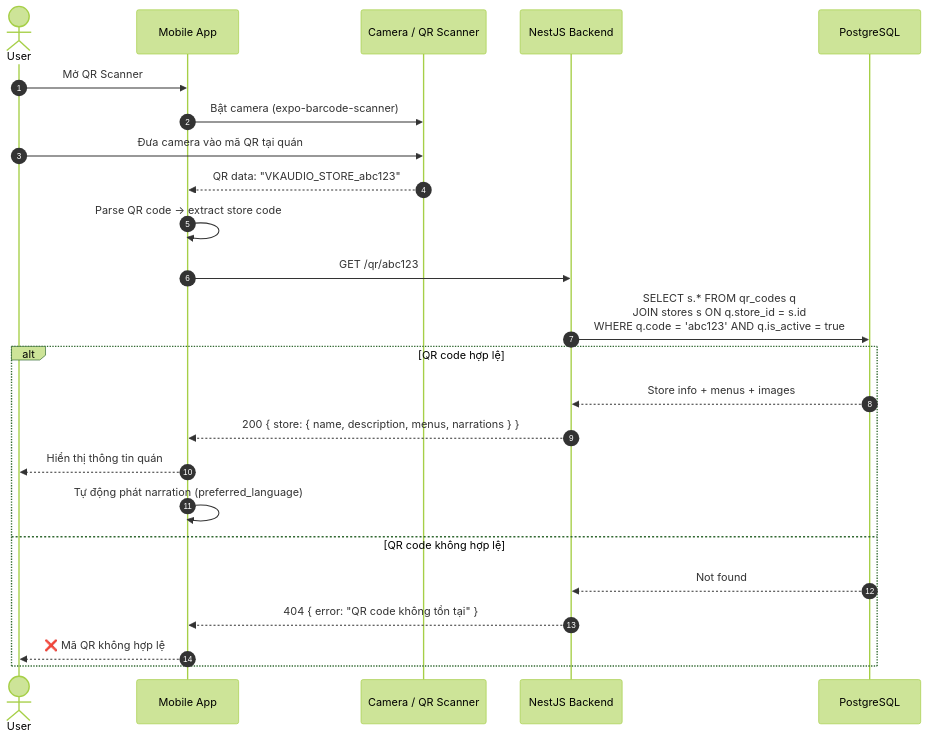
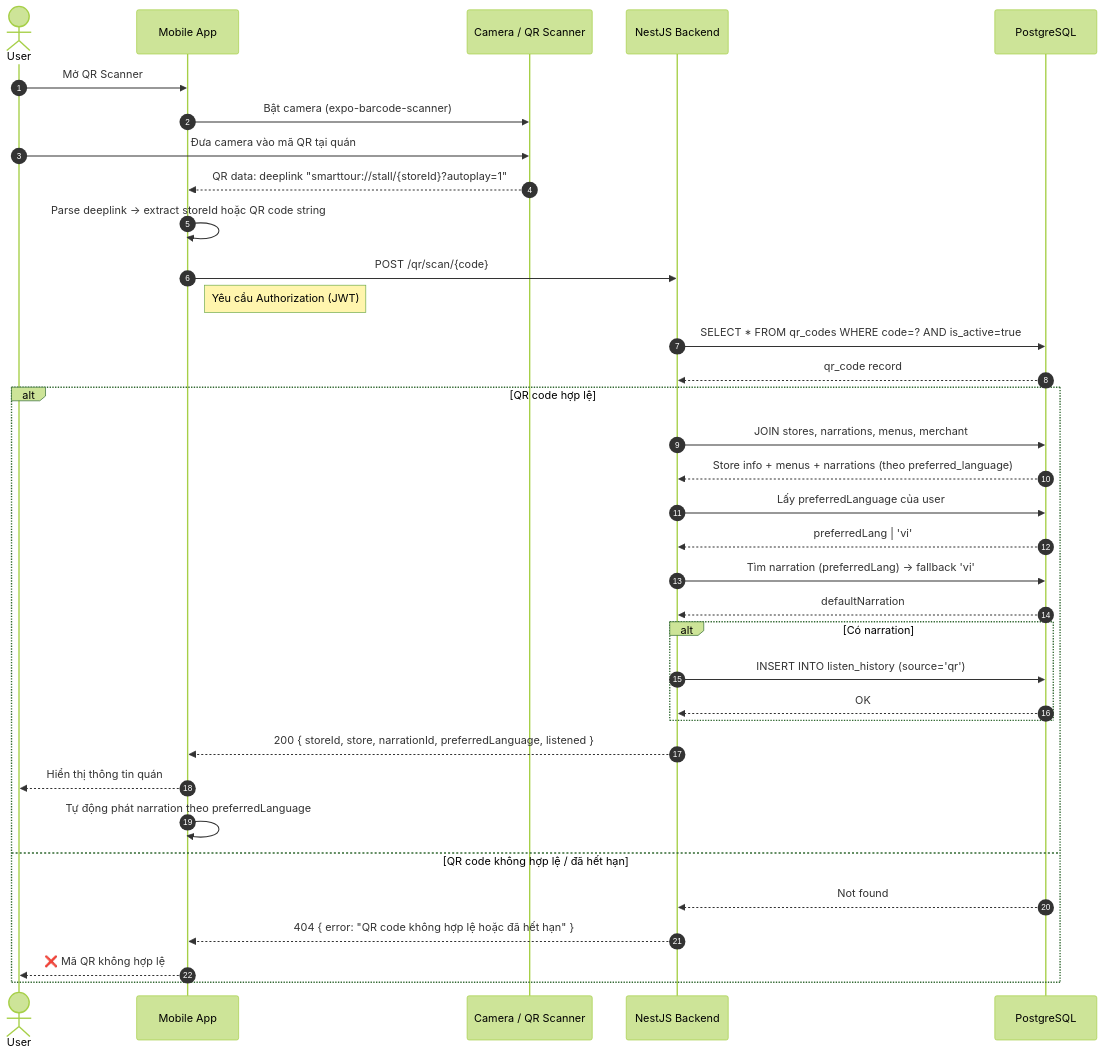
Before and after one commit to thankhanh/Seminar_sgu: the fourth of 13 diagrams in docs/diagrams.md, drawn with Mermaid (forest theme). The commit also changed other lines of this file, not shown here.

First line of the commit message:
Update diagrams.md

````diff
--- a/docs/diagrams.md
+++ b/docs/diagrams.md
@@ -162,29 +204,43 @@
 ```mermaid
 sequenceDiagram
     autonumber
     actor U as User
     participant App as Mobile App
     participant Cam as Camera / QR Scanner
     participant API as NestJS Backend
     participant DB as PostgreSQL
 
     U->>App: Mở QR Scanner
     App->>Cam: Bật camera (expo-barcode-scanner)
     U->>Cam: Đưa camera vào mã QR tại quán
-    Cam-->>App: QR data: "VKAUDIO_STORE_abc123"
-    
-    App->>App: Parse QR code → extract store code
-    App->>API: GET /qr/abc123
-    API->>DB: SELECT s.* FROM qr_codes q<br/>JOIN stores s ON q.store_id = s.id<br/>WHERE q.code = 'abc123' AND q.is_active = true
-    
+    Cam-->>App: QR data: deeplink "smarttour://stall/{storeId}?autoplay=1"
+
+    App->>App: Parse deeplink → extract storeId hoặc QR code string
+    App->>API: POST /qr/scan/{code}
+    Note right of App: Yêu cầu Authorization (JWT)
+    API->>DB: SELECT * FROM qr_codes WHERE code=? AND is_active=true
+    DB-->>API: qr_code record
+
     alt QR code hợp lệ
-        DB-->>API: Store info + menus + images
-        API-->>App: 200 { store: { name, description, menus, narrations } }
+        API->>DB: JOIN stores, narrations, menus, merchant
+        DB-->>API: Store info + menus + narrations (theo preferred_language)
+        API->>DB: Lấy preferredLanguage của user
+        DB-->>API: preferredLang | 'vi'
+
+        API->>DB: Tìm narration (preferredLang) → fallback 'vi'
+        DB-->>API: defaultNarration
+
+        alt Có narration
+            API->>DB: INSERT INTO listen_history (source='qr')
+            DB-->>API: OK
+        end
+
+        API-->>App: 200 { storeId, store, narrationId, preferredLanguage, listened }
         App-->>U: Hiển thị thông tin quán
-        App->>App: Tự động phát narration (preferred_language)
-    else QR code không hợp lệ
+        App->>App: Tự động phát narration theo preferredLanguage
+    else QR code không hợp lệ / đã hết hạn
         DB-->>API: Not found
-        API-->>App: 404 { error: "QR code không tồn tại" }
+        API-->>App: 404 { error: "QR code không hợp lệ hoặc đã hết hạn" }
         App-->>U: ❌ Mã QR không hợp lệ
     end
 ```
````
